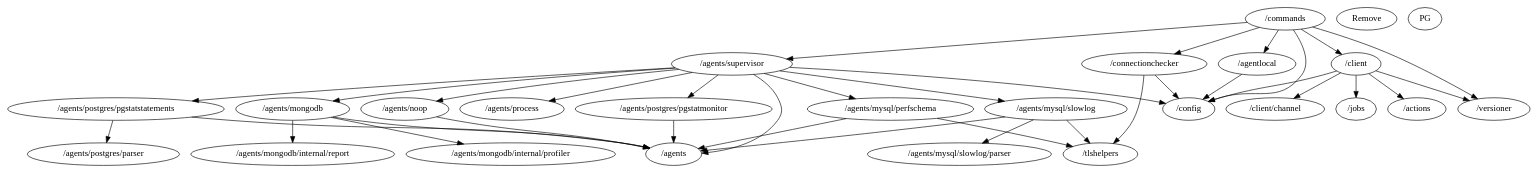
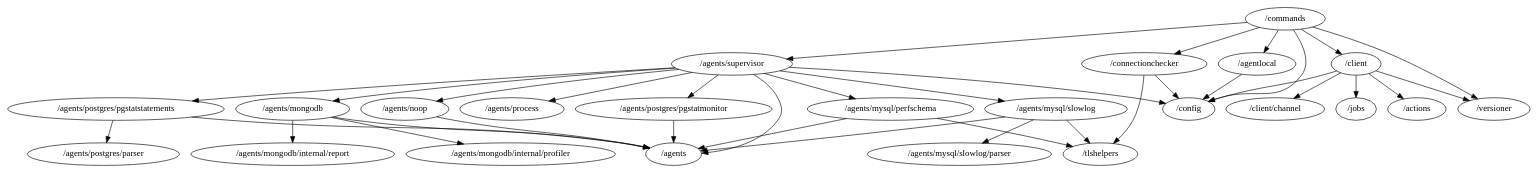
The diagram in packages.dot (percona/pmm), drawn with Graphviz before and after one commit. The commit also changed 5 other files, not shown here.

```diff
--- a/packages.dot
+++ b/packages.dot
@@ -1,37 +1,37 @@
 digraph packages {
 	"/agentlocal" -> "/config";
 	"/agents/mongodb" -> "/agents";
 	"/agents/mongodb" -> "/agents/mongodb/internal/profiler";
 	"/agents/mongodb" -> "/agents/mongodb/internal/report";
 	"/agents/mysql/perfschema" -> "/agents";
 	"/agents/mysql/perfschema" -> "/tlshelpers";
 	"/agents/mysql/slowlog" -> "/agents";
 	"/agents/mysql/slowlog" -> "/agents/mysql/slowlog/parser";
 	"/agents/mysql/slowlog" -> "/tlshelpers";
 	"/agents/noop" -> "/agents";
 	"/agents/postgres/pgstatmonitor" -> "/agents";
 	"/agents/postgres/pgstatstatements" -> "/agents";
 	"/agents/postgres/pgstatstatements" -> "/agents/postgres/parser";
 	"/agents/supervisor" -> "/agents";
 	"/agents/supervisor" -> "/agents/mongodb";
 	"/agents/supervisor" -> "/agents/mysql/perfschema";
 	"/agents/supervisor" -> "/agents/mysql/slowlog";
 	"/agents/supervisor" -> "/agents/noop";
 	"/agents/supervisor" -> "/agents/postgres/pgstatmonitor";
 	"/agents/supervisor" -> "/agents/postgres/pgstatstatements";
 	"/agents/supervisor" -> "/agents/process";
 	"/agents/supervisor" -> "/config";
 	"/client" -> "/actions";
 	"/client" -> "/client/channel";
 	"/client" -> "/config";
 	"/client" -> "/jobs";
-	"/client" -> "/versioner";Remove PG
+	"/client" -> "/versioner";
 	"/commands" -> "/agentlocal";
 	"/commands" -> "/agents/supervisor";
 	"/commands" -> "/client";
 	"/commands" -> "/config";
 	"/commands" -> "/connectionchecker";
 	"/commands" -> "/versioner";
 	"/connectionchecker" -> "/config";
 	"/connectionchecker" -> "/tlshelpers";
 }
```
